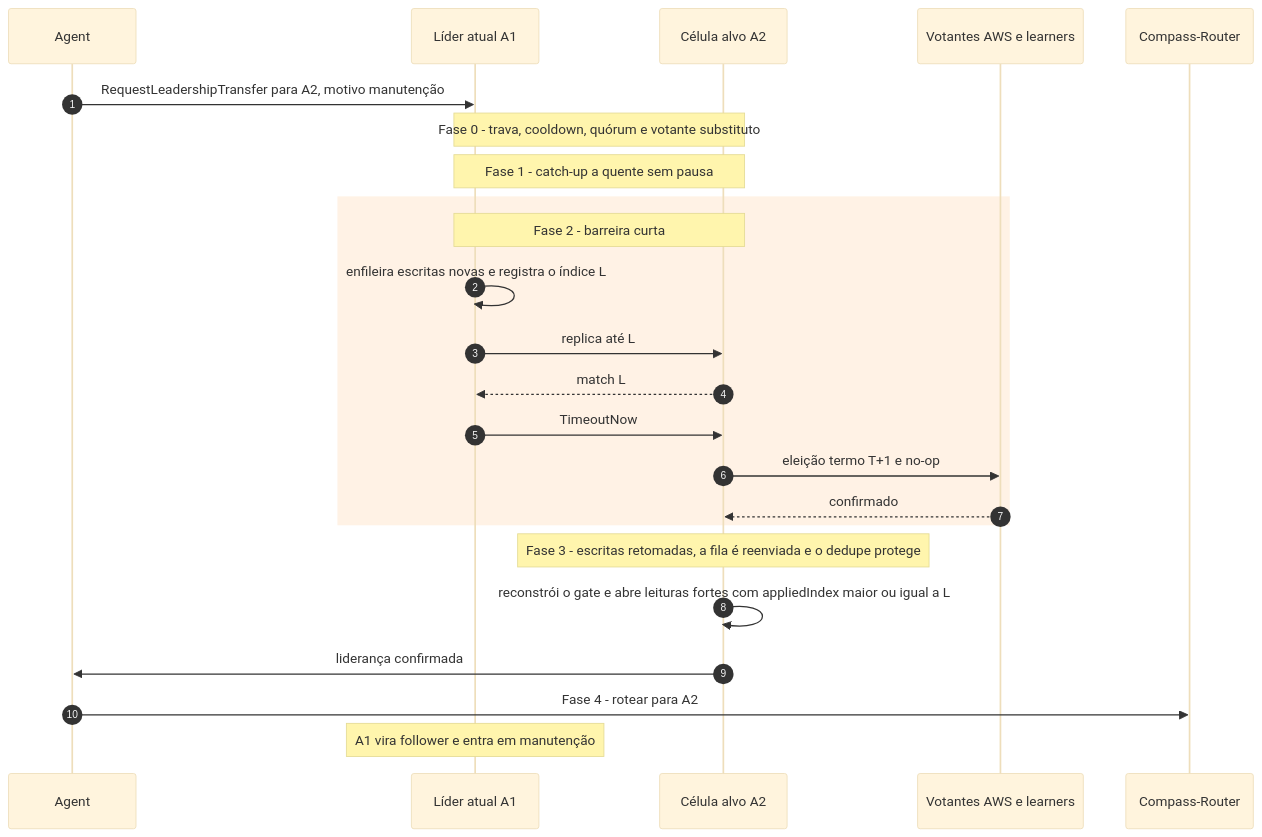
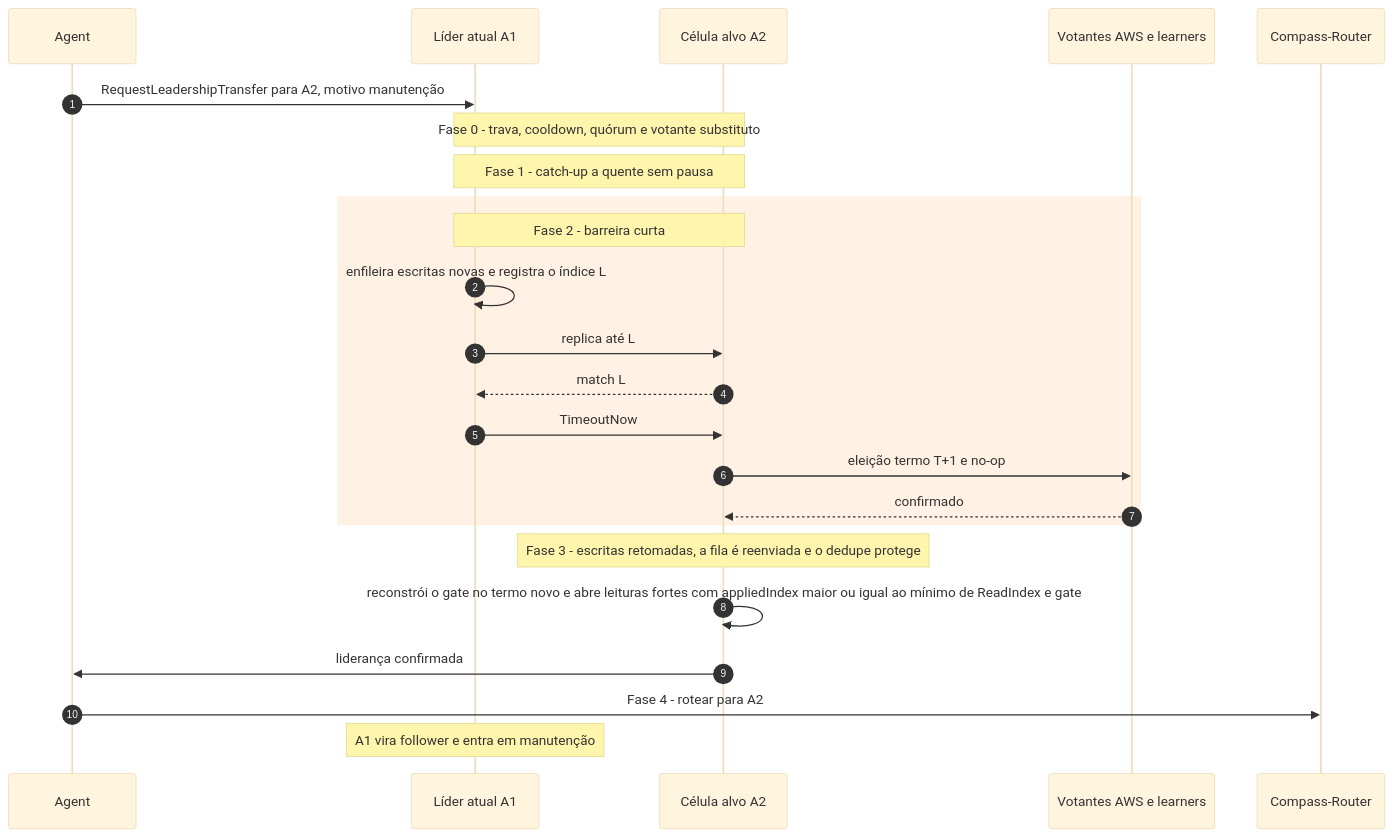
One commit to brbarmex/k changed the diagram in 02_cenarios/atualizados/C11-transferencia-planejada.md. Above: the diagram before and after it, drawn with Mermaid (base theme). The commit also changed other lines of this file and 139 other files, not shown here.

````diff
--- a/02_cenarios/atualizados/C11-transferencia-planejada.md
+++ b/02_cenarios/atualizados/C11-transferencia-planejada.md
@@ -11,26 +11,26 @@
 ```mermaid
 sequenceDiagram
     autonumber
     participant AG as Agent
     participant OL as Líder atual A1
     participant NT as Célula alvo A2
     participant Q as Votantes AWS e learners
     participant CR as Compass-Router
     AG->>OL: RequestLeadershipTransfer para A2, motivo manutenção
     Note over OL,NT: Fase 0 - trava, cooldown, quórum e votante substituto
     Note over OL,NT: Fase 1 - catch-up a quente sem pausa
     rect rgba(255,170,80,0.15)
     Note over OL,NT: Fase 2 - barreira curta
     OL->>OL: enfileira escritas novas e registra o índice L
     OL->>NT: replica até L
     NT-->>OL: match L
     OL->>NT: TimeoutNow
     NT->>Q: eleição termo T+1 e no-op
     Q-->>NT: confirmado
     end
     Note over NT: Fase 3 - escritas retomadas, a fila é reenviada e o dedupe protege
-    NT->>NT: reconstrói o gate e abre leituras fortes com appliedIndex maior ou igual a L
+    NT->>NT: reconstrói o gate no termo novo e abre leituras fortes com appliedIndex maior ou igual ao mínimo de ReadIndex e gate
     NT->>AG: liderança confirmada
     AG->>CR: Fase 4 - rotear para A2
     Note over OL: A1 vira follower e entra em manutenção
 ```
````
